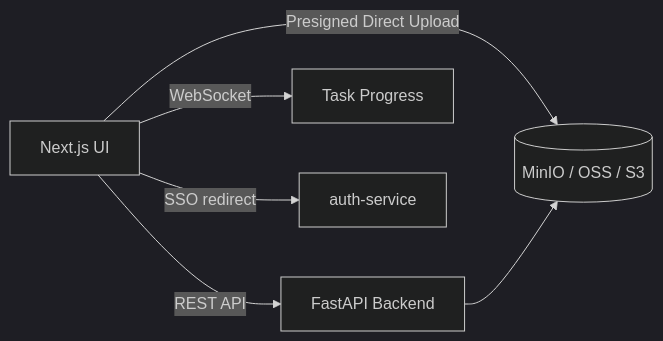
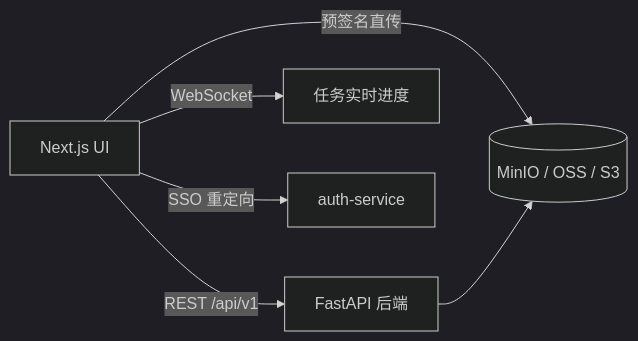
Before and after one commit to HyxiaoGe/ai-audio-assistant-ui: the diagram in README.md, drawn with Mermaid (dark theme). The commit also changed other lines of this file and 1 other file, not shown here.

````diff
--- a/README.md
+++ b/README.md
@@ -83,8 +44,8 @@
 ```mermaid
 flowchart LR
-  UI[Next.js UI] -->|REST API| BE[FastAPI Backend]
-  UI -->|WebSocket| WS[Task Progress]
-  UI -->|Presigned Direct Upload| S3[(MinIO / OSS / S3)]
-  UI -->|SSO redirect| AUTH[auth-service]
+  UI[Next.js UI] -->|REST /api/v1| BE[FastAPI 后端]
+  UI -->|WebSocket| WS[任务实时进度]
+  UI -->|预签名直传| S3[(MinIO / OSS / S3)]
+  UI -->|SSO 重定向| AUTH[auth-service]
   BE --> S3
 ```
````
